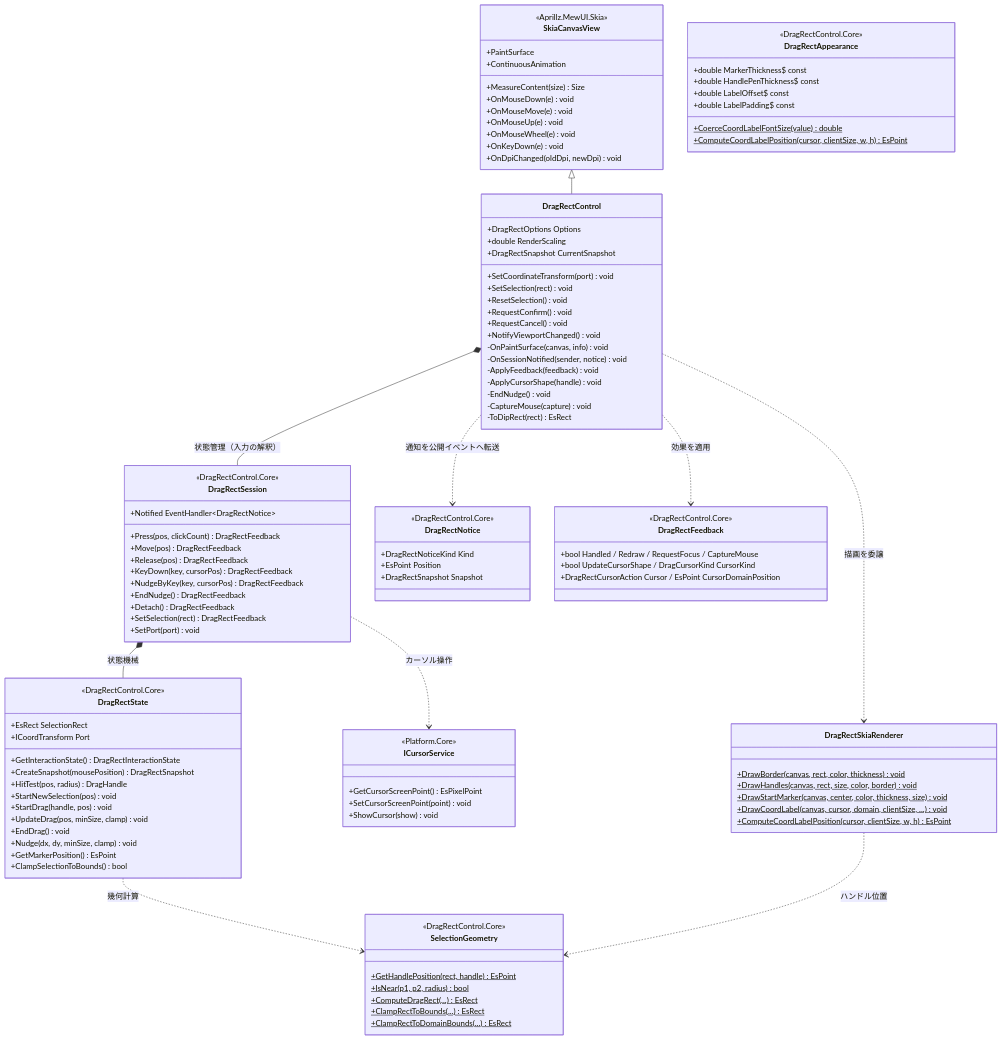
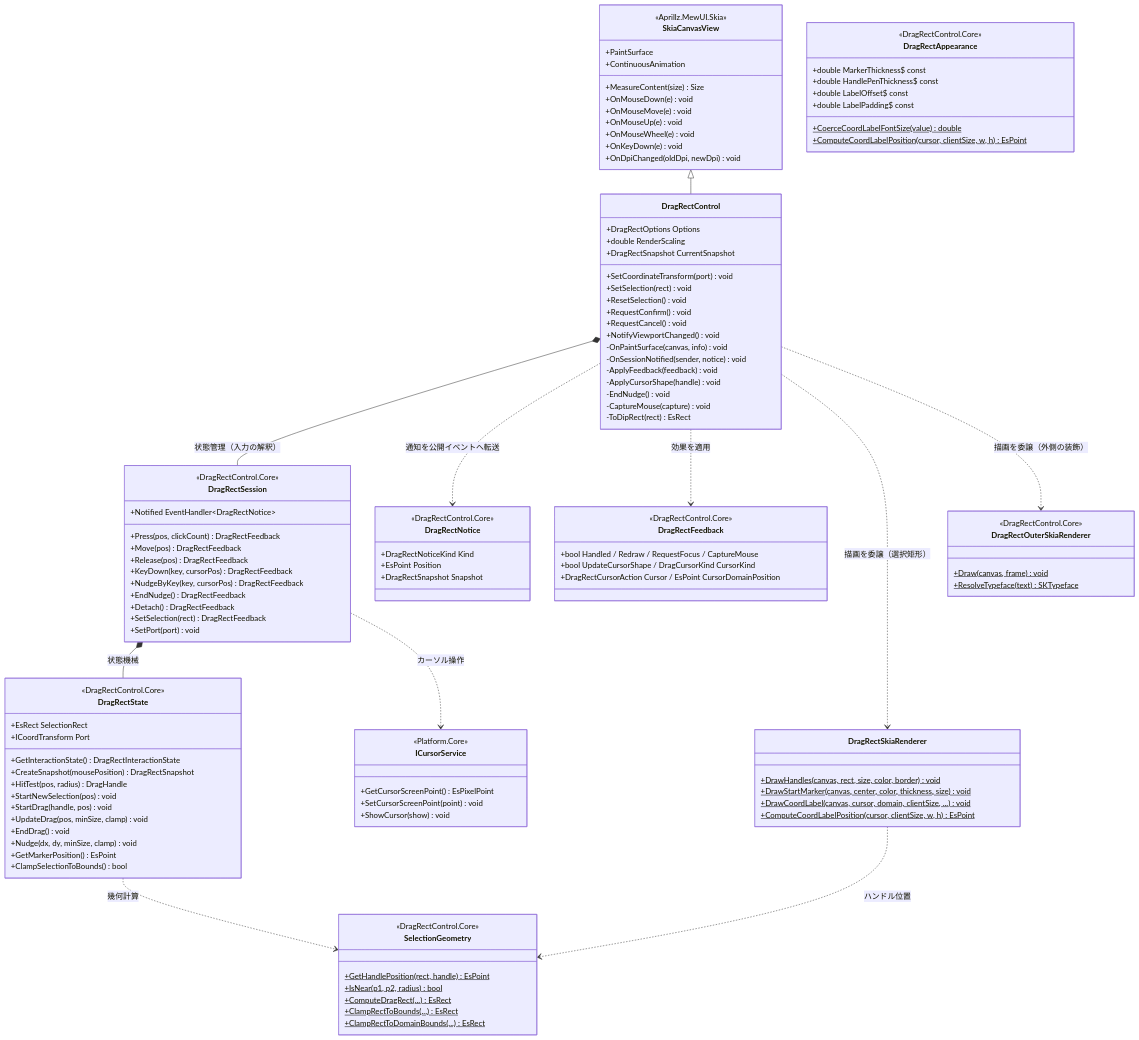
One commit to tomokuni/SaveEvidence changed the first of 4 diagrams in src/DragRectControl.MewUI/SPEC_System.md. Above: the diagram before and after it, drawn with Mermaid. The commit also changed other lines of this file and 178 other files, not shown here.

```diff
--- a/src/DragRectControl.MewUI/SPEC_System.md
+++ b/src/DragRectControl.MewUI/SPEC_System.md
@@ -151,11 +154,15 @@
         +DragRectCursorAction Cursor / EsPoint CursorDomainPosition
     }
     class DragRectSkiaRenderer {
-        +DrawBorder(canvas, rect, color, thickness)$ void
         +DrawHandles(canvas, rect, size, color, border)$ void
         +DrawStartMarker(canvas, center, color, thickness, size)$ void
         +DrawCoordLabel(canvas, cursor, domain, clientSize, ...)$ void
         +ComputeCoordLabelPosition(cursor, clientSize, w, h)$ EsPoint
+      }
+      class DragRectOuterSkiaRenderer {
+        <<DragRectControl.Core>>
+        +Draw(canvas, frame)$ void
+        +ResolveTypeface(text)$ SKTypeface
       }
       class DragRectAppearance {
           <<DragRectControl.Core>>
@@ -200,7 +207,8 @@
     DragRectControl *-- DragRectSession : 状態管理（入力の解釈）
     DragRectControl ..> DragRectNotice : 通知を公開イベントへ転送
     DragRectControl ..> DragRectFeedback : 効果を適用
-    DragRectControl ..> DragRectSkiaRenderer : 描画を委譲
+    DragRectControl ..> DragRectSkiaRenderer : 描画を委譲（選択矩形）
+    DragRectControl ..> DragRectOuterSkiaRenderer : 描画を委譲（外側の装飾）
     DragRectSession *-- DragRectState : 状態機械
     DragRectSession ..> ICursorService : カーソル操作
     DragRectState ..> SelectionGeometry : 幾何計算
```
